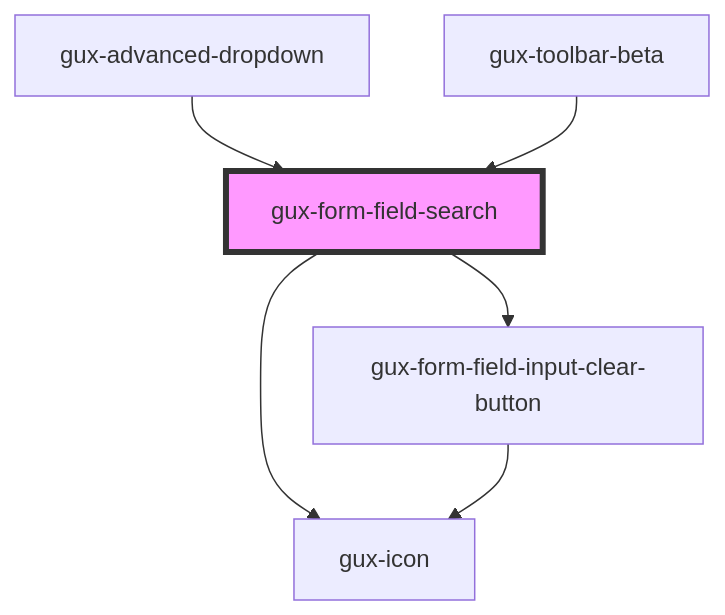
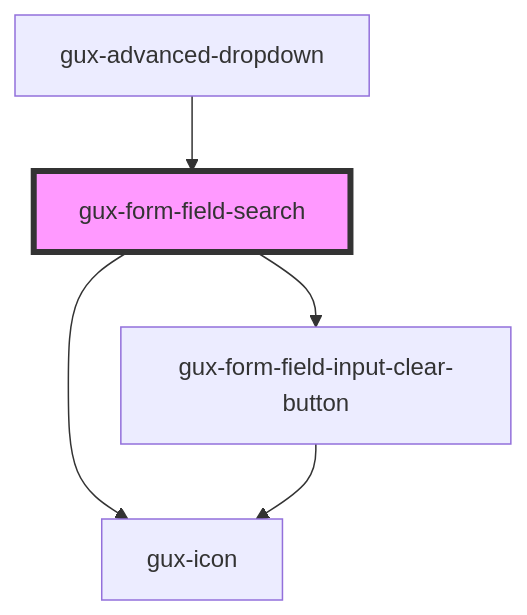
Before and after one commit to ouyuxuan/genesys-webcomponents: the diagram in src/components/stable/gux-form-field/components/gux-form-field-search/readme.md, drawn with Mermaid. The commit also changed other lines of this file and 6 other files, not shown here.

````diff
--- a/src/components/stable/gux-form-field/components/gux-form-field-search/readme.md
+++ b/src/components/stable/gux-form-field/components/gux-form-field-search/readme.md
@@ -37,9 +36,8 @@
 ```mermaid
 graph TD;
   gux-form-field-search --> gux-icon
   gux-form-field-search --> gux-form-field-input-clear-button
   gux-form-field-input-clear-button --> gux-icon
   gux-advanced-dropdown --> gux-form-field-search
-  gux-toolbar-beta --> gux-form-field-search
   style gux-form-field-search fill:#f9f,stroke:#333,stroke-width:4px
 ```
````
